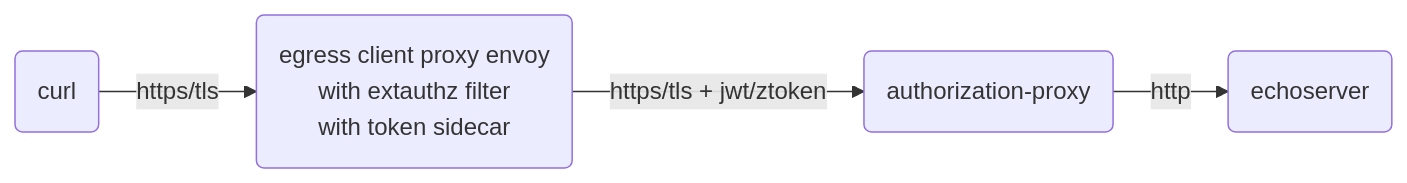
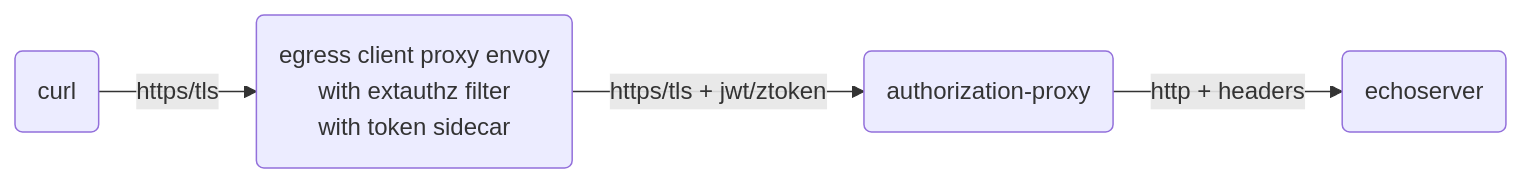
The fourth of 17 diagrams in docs/ENVOY.md (ctyano/athenz-distribution), drawn with Mermaid before and after one commit. The commit also changed other lines of this file and 5 other files, not shown here.

````diff
--- a/docs/ENVOY.md
+++ b/docs/ENVOY.md
@@ -62,4 +62,4 @@
 ```mermaid
 flowchart LR
-A(curl) -->|https/tls| B(egress client proxy envoy\nwith extauthz filter\nwith token sidecar) -->|https/tls + jwt/ztoken| C(authorization-proxy) -->|http| D(echoserver)
+A(curl) -->|https/tls| B(egress client proxy envoy\nwith extauthz filter\nwith token sidecar) -->|https/tls + jwt/ztoken| C(authorization-proxy) -->|http + headers| D(echoserver)
 ```
````
